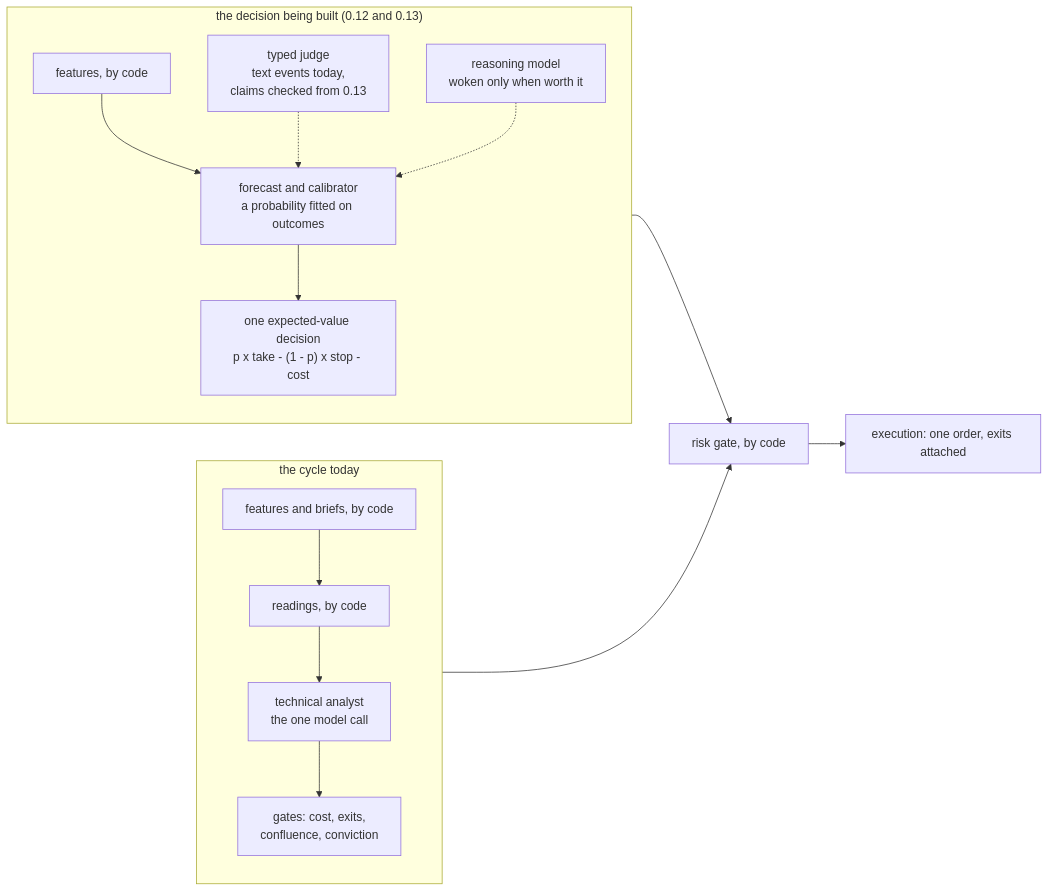
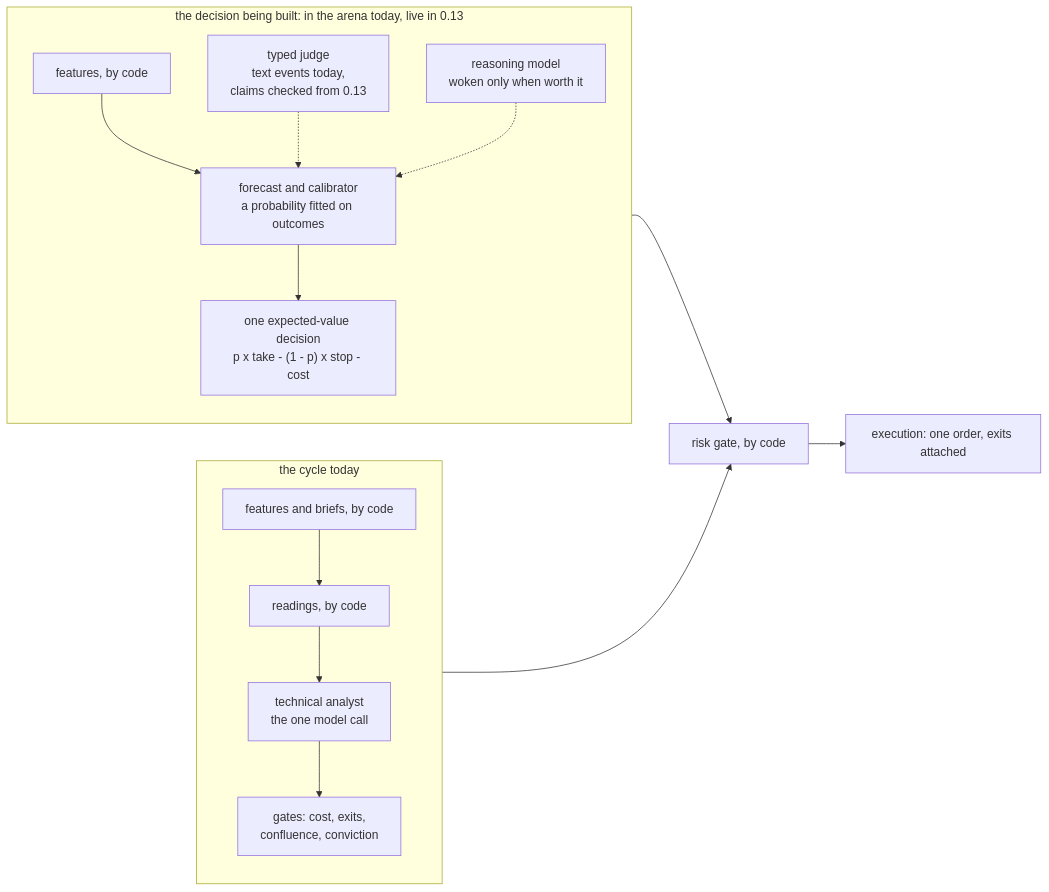
Before and after one commit to BijectiveLabs/bitra: the second of 3 diagrams in docs/opensource/architecture.md, drawn with Mermaid. The commit also changed other lines of this file and 2 other files, not shown here.

````diff
--- a/docs/opensource/architecture.md
+++ b/docs/opensource/architecture.md
@@ -202,19 +204,19 @@
 ```mermaid
 flowchart LR
     subgraph now["the cycle today"]
         direction TB
         f1["features and briefs, by code"] --> r1["readings, by code"]
         r1 --> m1["technical analyst<br/>the one model call"]
         m1 --> g1["gates: cost, exits,<br/>confluence, conviction"]
     end
-    subgraph next["the decision being built (0.12 and 0.13)"]
+    subgraph next["the decision being built: in the arena today, live in 0.13"]
         direction TB
         f2["features, by code"] --> fc["forecast and calibrator<br/>a probability fitted on outcomes"]
         j2["typed judge<br/>text events today,<br/>claims checked from 0.13"] -.-> fc
         s2["reasoning model<br/>woken only when worth it"] -.-> fc
         fc --> ev["one expected-value decision<br/>p x take - (1 - p) x stop - cost"]
     end
     g1 --> gate["risk gate, by code"]
     ev --> gate
     gate --> ex["execution: one order, exits attached"]
 ```
````
